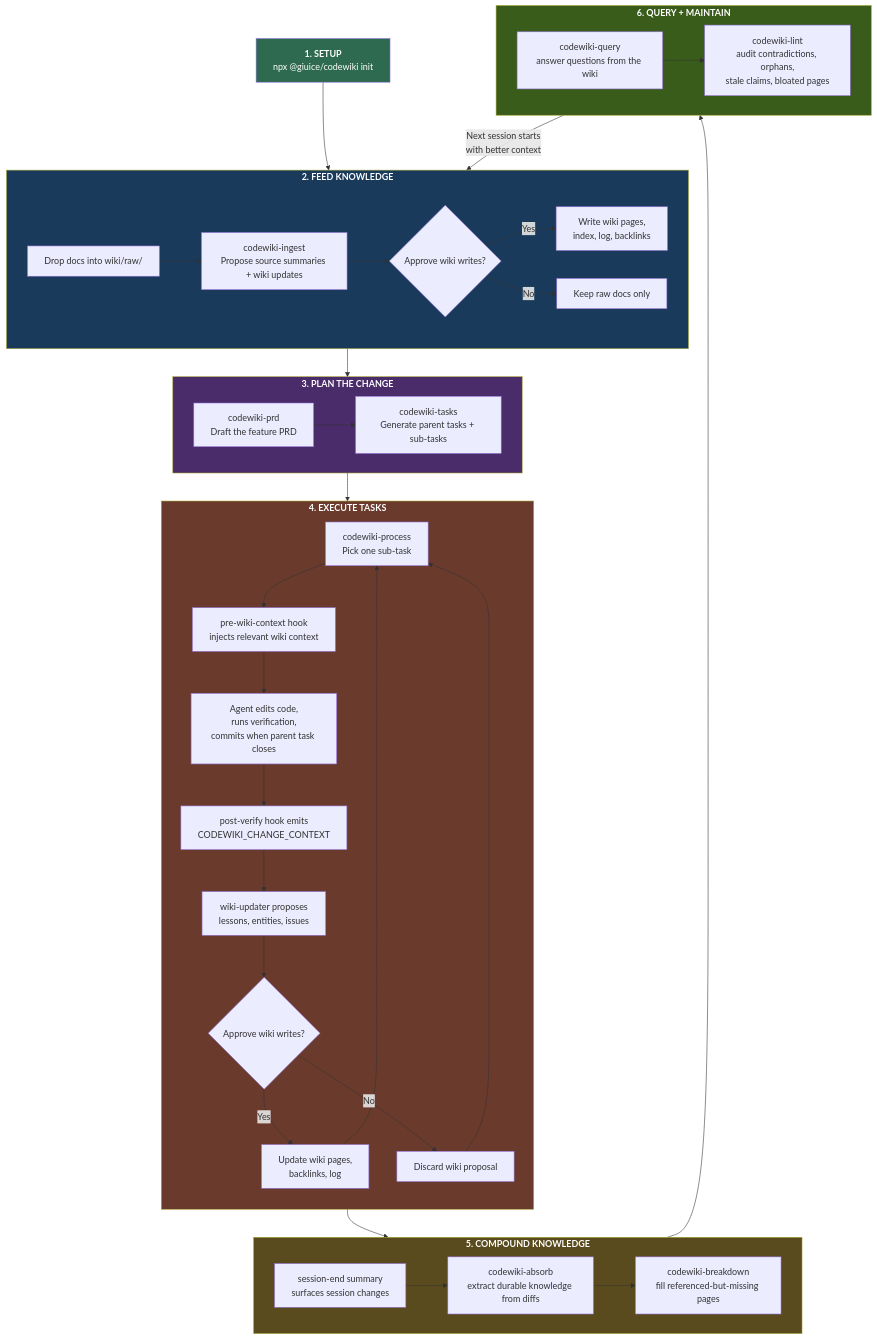
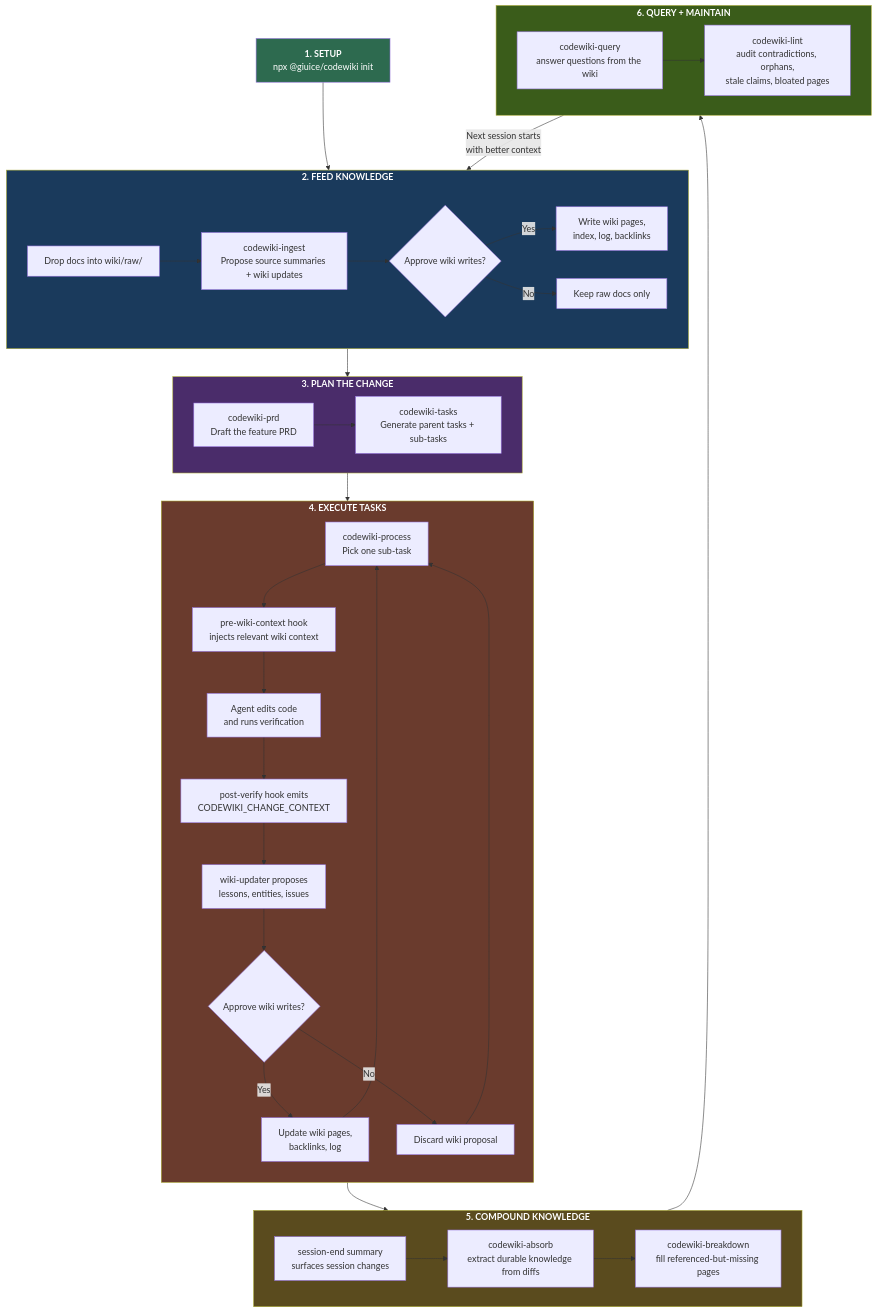
One commit to giuice/CodeWiki changed the first of 2 diagrams in README.md. Above: the diagram before and after it, drawn with Mermaid. The commit also changed other lines of this file and 16 other files, not shown here.

````diff
--- a/README.md
+++ b/README.md
@@ -25,58 +25,58 @@
 ```mermaid
 flowchart TD
   Init["<b>1. SETUP</b><br/>npx @giuice/codewiki init"] --> Feed
 
   subgraph Feed["<b>2. FEED KNOWLEDGE</b>"]
     direction LR
     F1["Drop docs into wiki/raw/"] --> F2["codewiki-ingest<br/>Propose source summaries + wiki updates"]
     F2 --> F3{"Approve wiki writes?"}
     F3 -- "Yes" --> F4["Write wiki pages,<br/>index, log, backlinks"]
     F3 -- "No" --> F5["Keep raw docs only"]
   end
 
   Feed --> Plan
 
   subgraph Plan["<b>3. PLAN THE CHANGE</b>"]
     direction LR
     P1["codewiki-prd<br/>Draft the feature PRD"] --> P2["codewiki-tasks<br/>Generate parent tasks + sub-tasks"]
   end
 
   Plan --> Build
 
   subgraph Build["<b>4. EXECUTE TASKS</b>"]
     direction TB
     B1["codewiki-process<br/>Pick one sub-task"] --> B2["pre-wiki-context hook<br/>injects relevant wiki context"]
-    B2 --> B3["Agent edits code,<br/>runs verification,<br/>commits when parent task closes"]
+    B2 --> B3["Agent edits code<br/>and runs verification"]
     B3 --> B4["post-verify hook emits<br/>CODEWIKI_CHANGE_CONTEXT"]
     B4 --> B5["wiki-updater proposes<br/>lessons, entities, issues"]
     B5 --> B6{"Approve wiki writes?"}
     B6 -- "Yes" --> B7["Update wiki pages,<br/>backlinks, log"]
     B6 -- "No" --> B8["Discard wiki proposal"]
     B7 --> B1
     B8 --> B1
   end
 
   Build --> Compound
 
   subgraph Compound["<b>5. COMPOUND KNOWLEDGE</b>"]
     direction LR
     C1["session-end summary<br/>surfaces session changes"] --> C2["codewiki-absorb<br/>extract durable knowledge from diffs"]
     C2 --> C3["codewiki-breakdown<br/>fill referenced-but-missing pages"]
   end
 
   Compound --> Maintain
 
   subgraph Maintain["<b>6. QUERY + MAINTAIN</b>"]
     direction LR
     M1["codewiki-query<br/>answer questions from the wiki"] --> M2["codewiki-lint<br/>audit contradictions, orphans,<br/>stale claims, bloated pages"]
   end
 
   Maintain -->|"Next session starts<br/>with better context"| Feed
 
   style Init fill:#2d6a4f,color:#fff
   style Feed fill:#1a3a5c,color:#fff
   style Plan fill:#4a2c6a,color:#fff
   style Build fill:#6a3b2d,color:#fff
   style Compound fill:#5a4b1e,color:#fff
   style Maintain fill:#3a5c1a,color:#fff
 ```
````
